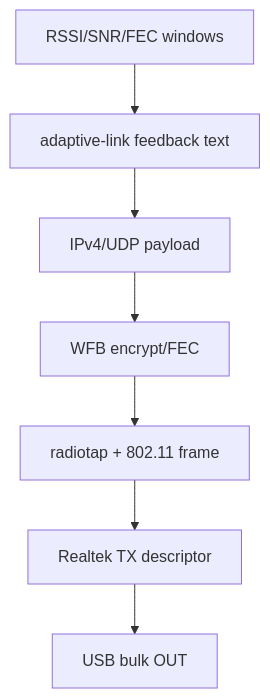
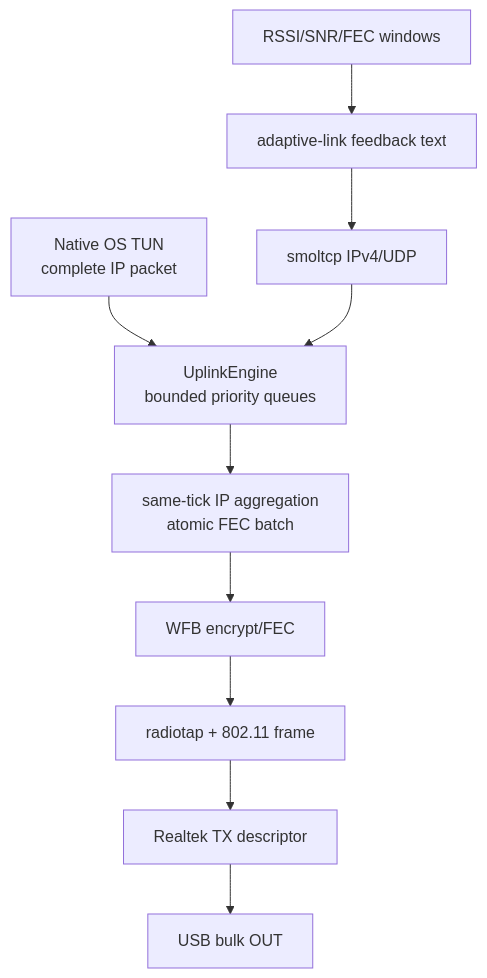
Before and after one commit to neelsani/openipc-rs: the third of 3 diagrams in docs/docs/architecture.md, drawn with Mermaid. The commit also changed other lines of this file and 44 other files, not shown here.

````diff
--- a/docs/docs/architecture.md
+++ b/docs/docs/architecture.md
@@ -141,9 +141,12 @@
 ```mermaid
 flowchart TD
     A["RSSI/SNR/FEC windows"] --> B["adaptive-link feedback text"]
-    B --> C["IPv4/UDP payload"]
-    C --> D["WFB encrypt/FEC"]
+    B --> C["smoltcp IPv4/UDP"]
+    T["Native OS TUN<br/>complete IP packet"] --> Q["UplinkEngine<br/>bounded priority queues"]
+    C --> Q
+    Q --> P["same-tick IP aggregation<br/>atomic FEC batch"]
+    P --> D["WFB encrypt/FEC"]
     D --> E["radiotap + 802.11 frame"]
     E --> F["Realtek TX descriptor"]
     F --> G["USB bulk OUT"]
 ```
````
